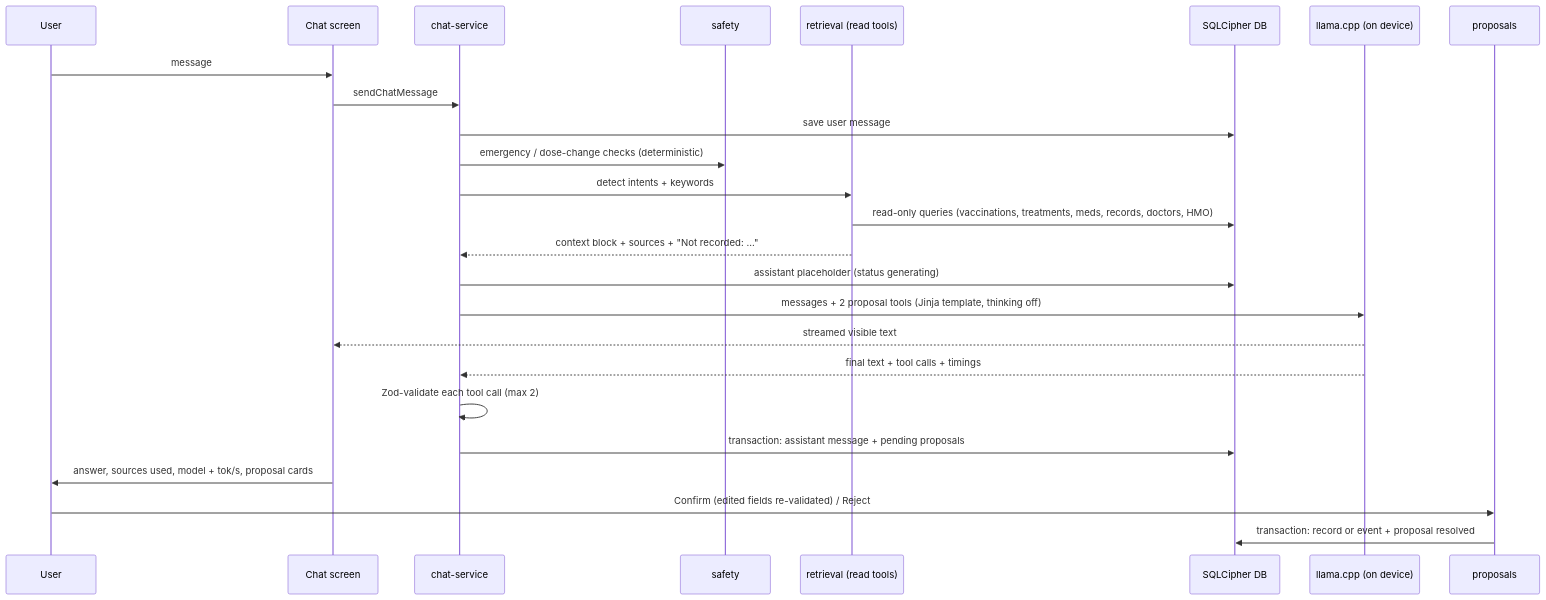
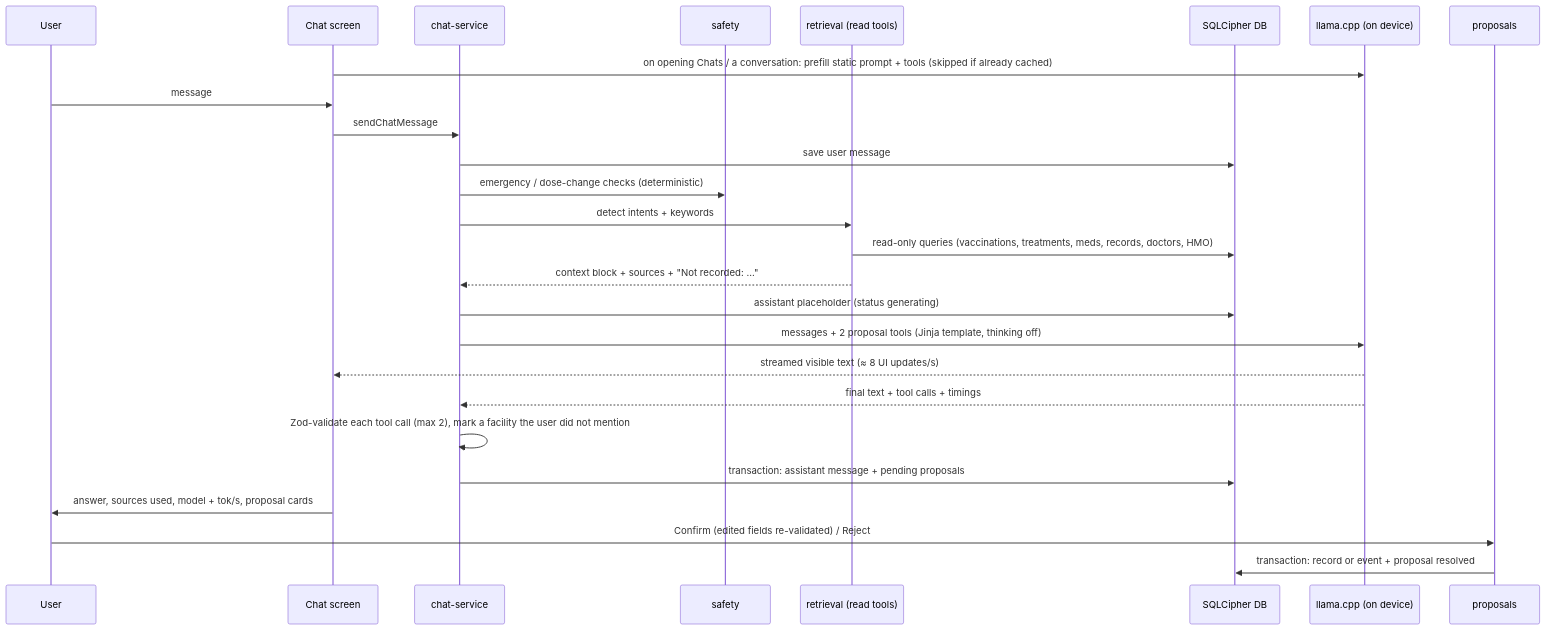
Before and after one commit to winterwind999/doc-pawi: the second of 3 diagrams in docs/LOCAL_AI_ARCHITECTURE.md, drawn with Mermaid. The commit also changed other lines of this file and 11 other files, not shown here.

````diff
--- a/docs/LOCAL_AI_ARCHITECTURE.md
+++ b/docs/LOCAL_AI_ARCHITECTURE.md
@@ -49,27 +50,28 @@
 ```mermaid
 sequenceDiagram
   participant U as User
   participant UI as Chat screen
   participant CS as chat-service
   participant S as safety
   participant R as retrieval (read tools)
   participant DB as SQLCipher DB
   participant M as llama.cpp (on device)
   participant P as proposals
+  UI->>M: on opening Chats / a conversation: prefill static prompt + tools (skipped if already cached)
   U->>UI: message
   UI->>CS: sendChatMessage
   CS->>DB: save user message
   CS->>S: emergency / dose-change checks (deterministic)
   CS->>R: detect intents + keywords
   R->>DB: read-only queries (vaccinations, treatments, meds, records, doctors, HMO)
   R-->>CS: context block + sources + "Not recorded: …"
   CS->>DB: assistant placeholder (status generating)
   CS->>M: messages + 2 proposal tools (Jinja template, thinking off)
-  M-->>UI: streamed visible text
+  M-->>UI: streamed visible text (≈ 8 UI updates/s)
   M-->>CS: final text + tool calls + timings
-  CS->>CS: Zod-validate each tool call (max 2)
+  CS->>CS: Zod-validate each tool call (max 2), mark a facility the user did not mention
   CS->>DB: transaction: assistant message + pending proposals
   UI->>U: answer, sources used, model + tok/s, proposal cards
   U->>P: Confirm (edited fields re-validated) / Reject
   P->>DB: transaction: record or event + proposal resolved
 ```
````
